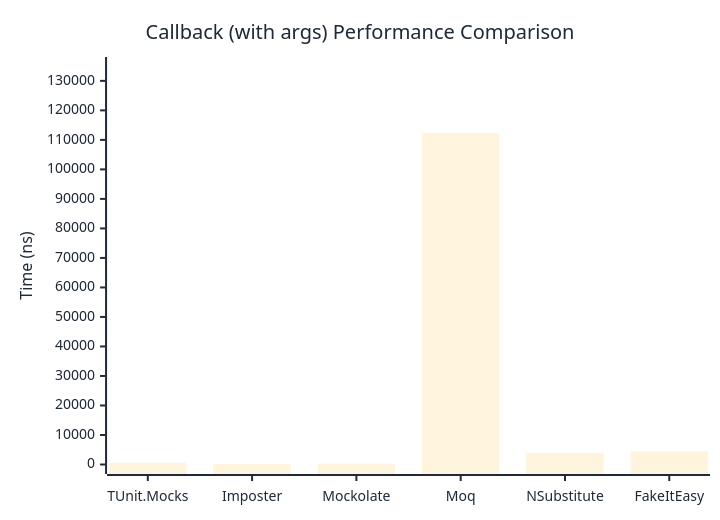
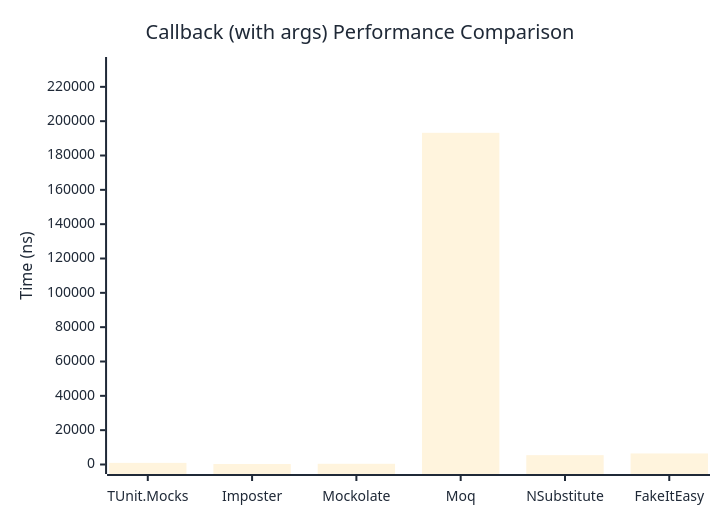
Before and after one commit to thomhurst/TUnit: the second of 2 diagrams in docs/docs/benchmarks/mocks/Callback.md, drawn with Mermaid. The commit also changed other lines of this file and 14 other files, not shown here.

````diff
--- a/docs/docs/benchmarks/mocks/Callback.md
+++ b/docs/docs/benchmarks/mocks/Callback.md
@@ -71,27 +71,27 @@
 ```mermaid
 %%{init: {
   'theme':'base',
   'themeVariables': {
     'primaryColor': '#2563eb',
     'primaryTextColor': '#1f2937',
     'primaryBorderColor': '#1e40af',
     'lineColor': '#6b7280',
     'secondaryColor': '#7c3aed',
     'tertiaryColor': '#dc2626',
     'background': '#ffffff',
     'pie1': '#2563eb',
     'pie2': '#7c3aed',
     'pie3': '#dc2626',
     'pie4': '#f59e0b',
     'pie5': '#10b981',
     'pie6': '#06b6d4',
     'pie7': '#ec4899',
     'pie8': '#6366f1'
   }
 }}%%
 xychart-beta
   title "Callback (with args) Performance Comparison"
   x-axis ["TUnit.Mocks", "Imposter", "Mockolate", "Moq", "NSubstitute", "FakeItEasy"]
-  y-axis "Time (ns)" 0 --> 134867
-  bar [608.7, 230.1, 300.3, 112389, 3946.9, 4437.6]
+  y-axis "Time (ns)" 0 --> 231850
+  bar [941.4, 273.3, 410.1, 193208.2, 5438.4, 6443.9]
 ```
````
